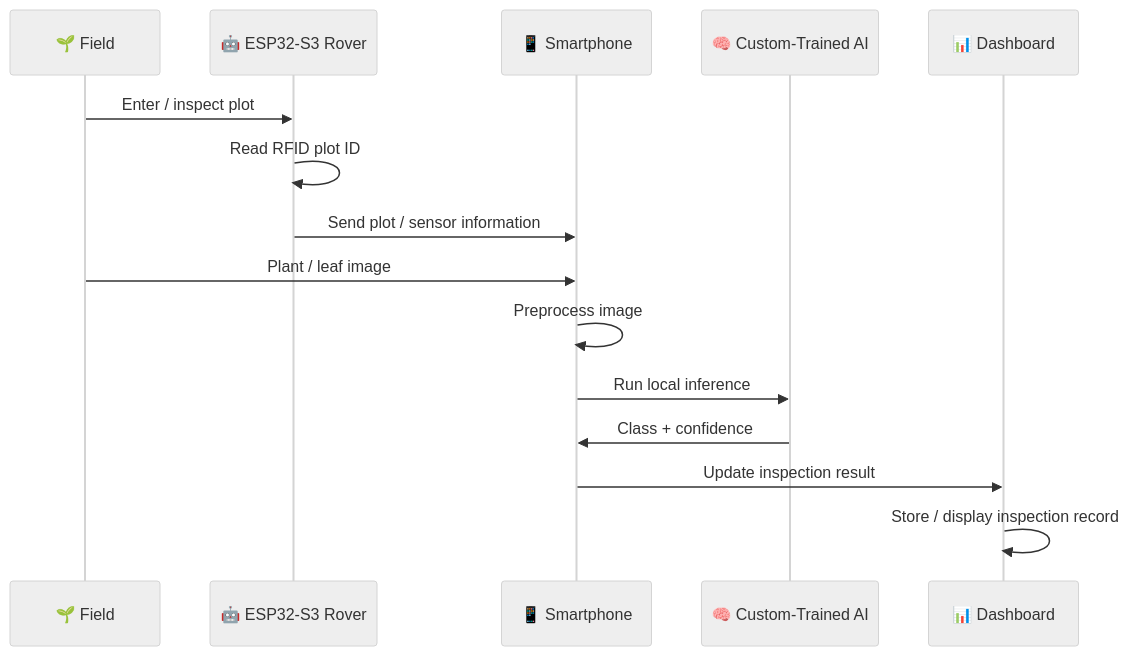
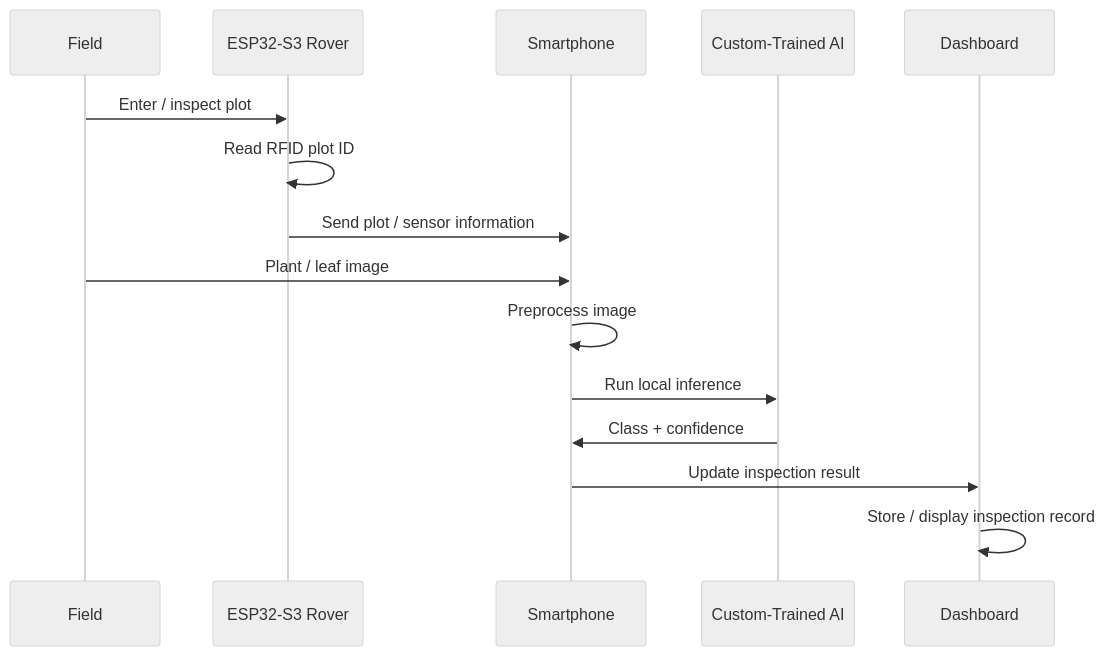
Before and after one commit to robotahmid07-debug/Team-Obsidian_BuildAthon_Competition-by-RoboNauts: the third of 5 diagrams in EdgeCrop_System_Architecture_Upgraded.md, drawn with Mermaid (neutral theme). The commit also changed other lines of this file, not shown here.

````diff
--- a/EdgeCrop_System_Architecture_Upgraded.md
+++ b/EdgeCrop_System_Architecture_Upgraded.md
@@ -261,18 +261,18 @@
 ```mermaid
 sequenceDiagram
-    participant F as 🌱 Field
-    participant R as 🤖 ESP32-S3 Rover
-    participant P as 📱 Smartphone
-    participant AI as 🧠 Custom-Trained AI
-    participant D as 📊 Dashboard
+    participant F as  Field
+    participant R as  ESP32-S3 Rover
+    participant P as  Smartphone
+    participant AI as  Custom-Trained AI
+    participant D as  Dashboard
 
     F->>R: Enter / inspect plot
     R->>R: Read RFID plot ID
     R->>P: Send plot / sensor information
     F->>P: Plant / leaf image
     P->>P: Preprocess image
     P->>AI: Run local inference
     AI->>P: Class + confidence
     P->>D: Update inspection result
     D->>D: Store / display inspection record
 ```
````
